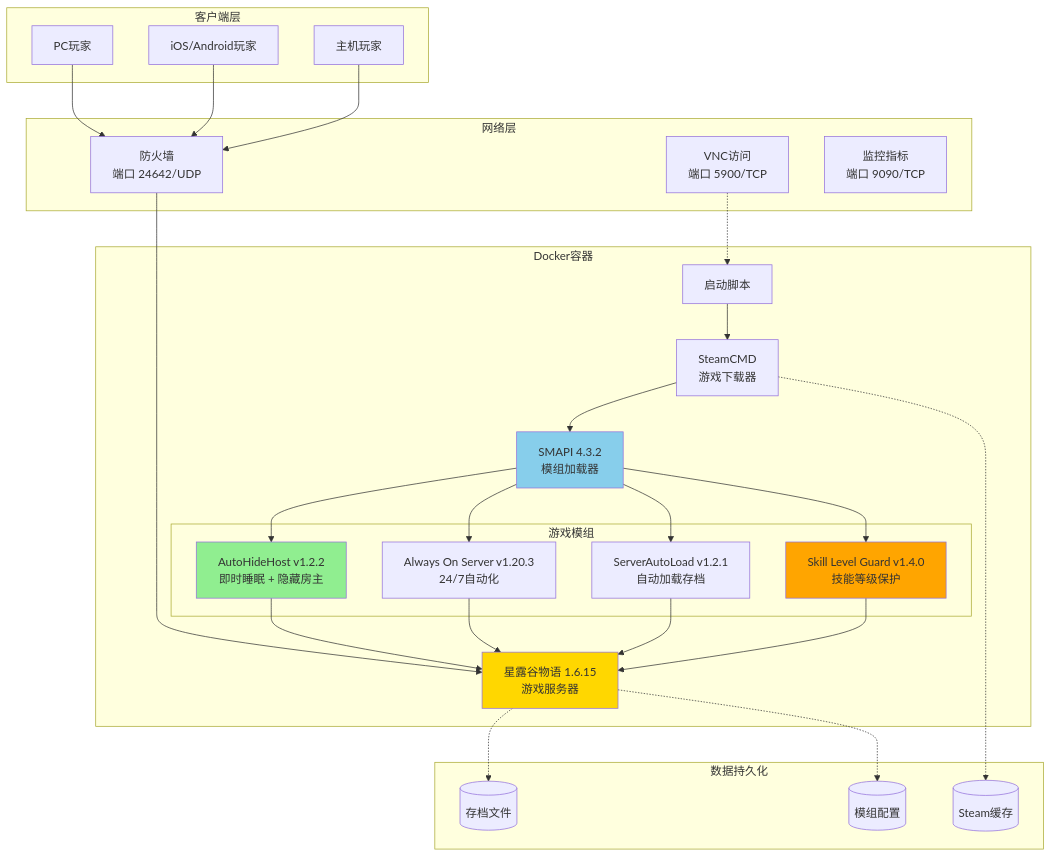
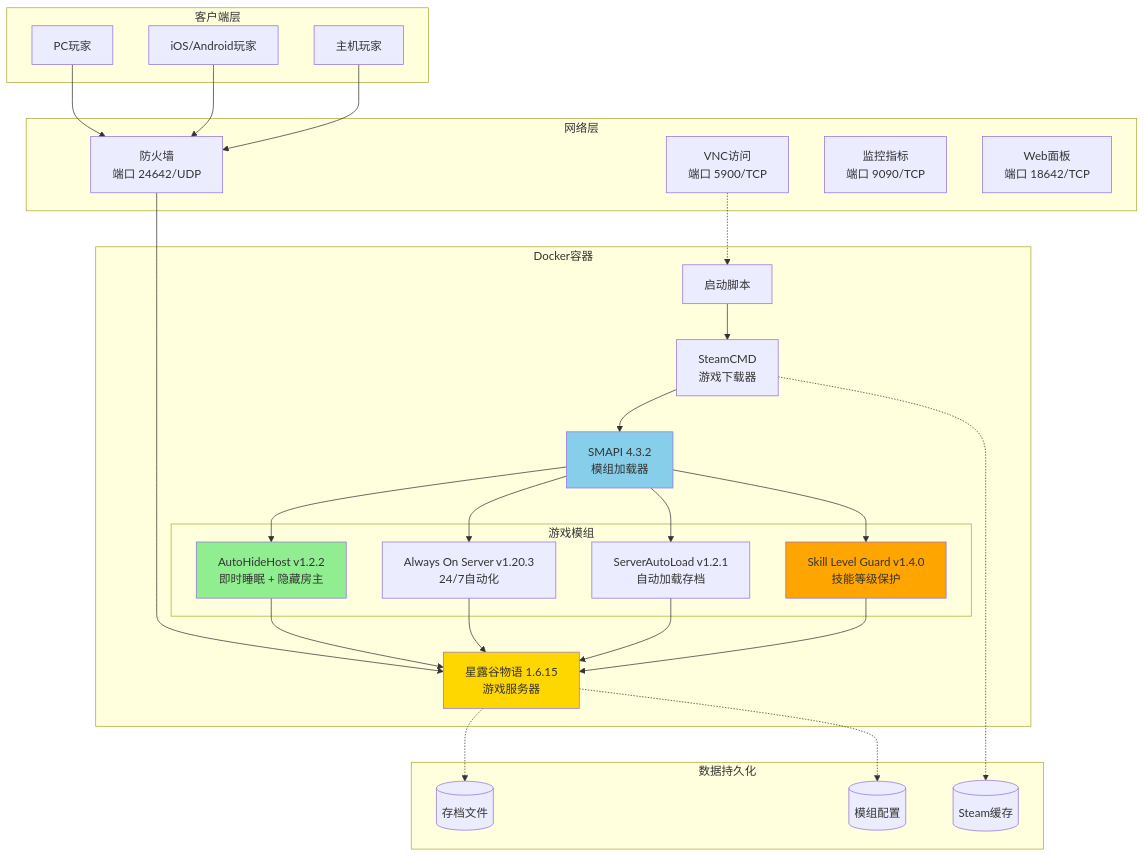
The diagram in README_CN.md (Qiuyc18/puppy-stardew-server), drawn with Mermaid before and after one commit. The commit also changed other lines of this file and 810 other files, not shown here.

First line of the commit message:
feat: add web management panel

````diff
--- a/README_CN.md
+++ b/README_CN.md
@@ -55,61 +55,62 @@
 ```mermaid
 graph TB
     subgraph "客户端层"
         PC[PC玩家]
         Mobile[iOS/Android玩家]
         Console[主机玩家]
     end
 
     subgraph "网络层"
         FW[防火墙<br/>端口 24642/UDP]
         VNC[VNC访问<br/>端口 5900/TCP]
         Metrics[监控指标<br/>端口 9090/TCP]
+        WebPanel[Web面板<br/>端口 18642/TCP]
     end
 
     subgraph "Docker容器"
         Entry[启动脚本]
         Steam[SteamCMD<br/>游戏下载器]
         SMAPI[SMAPI 4.3.2<br/>模组加载器]
 
         subgraph "游戏模组"
             AHH[AutoHideHost v1.2.2<br/>即时睡眠 + 隐藏房主]
             AOS[Always On Server v1.20.3<br/>24/7自动化]
             SAL[ServerAutoLoad v1.2.1<br/>自动加载存档]
             SLG[Skill Level Guard v1.4.0<br/>技能等级保护]
         end
 
         Game[星露谷物语 1.6.15<br/>游戏服务器]
     end
 
     subgraph "数据持久化"
         Saves[(存档文件)]
         Config[(模组配置)]
         SteamData[(Steam缓存)]
     end
 
     PC --> FW
     Mobile --> FW
     Console --> FW
     FW --> Game
 
     VNC -.-> Entry
     Entry --> Steam
     Steam --> SMAPI
     SMAPI --> AHH
     SMAPI --> AOS
     SMAPI --> SAL
     SMAPI --> SLG
     AHH --> Game
     AOS --> Game
     SAL --> Game
     SLG --> Game
 
     Game -.-> Saves
     Game -.-> Config
     Steam -.-> SteamData
 
     style AHH fill:#90EE90
     style Game fill:#FFD700
     style SMAPI fill:#87CEEB
     style SLG fill:#FFA500
 ```
````
